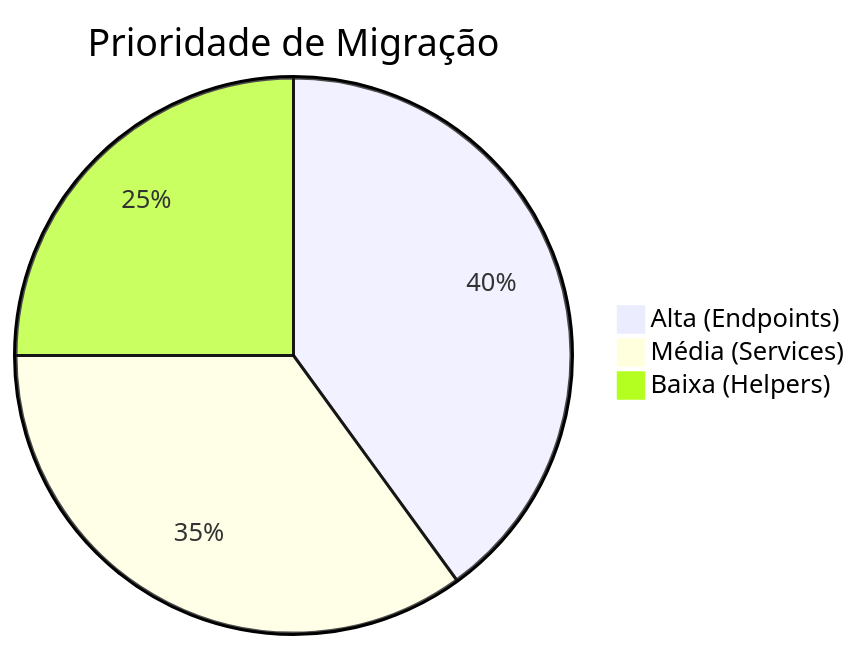
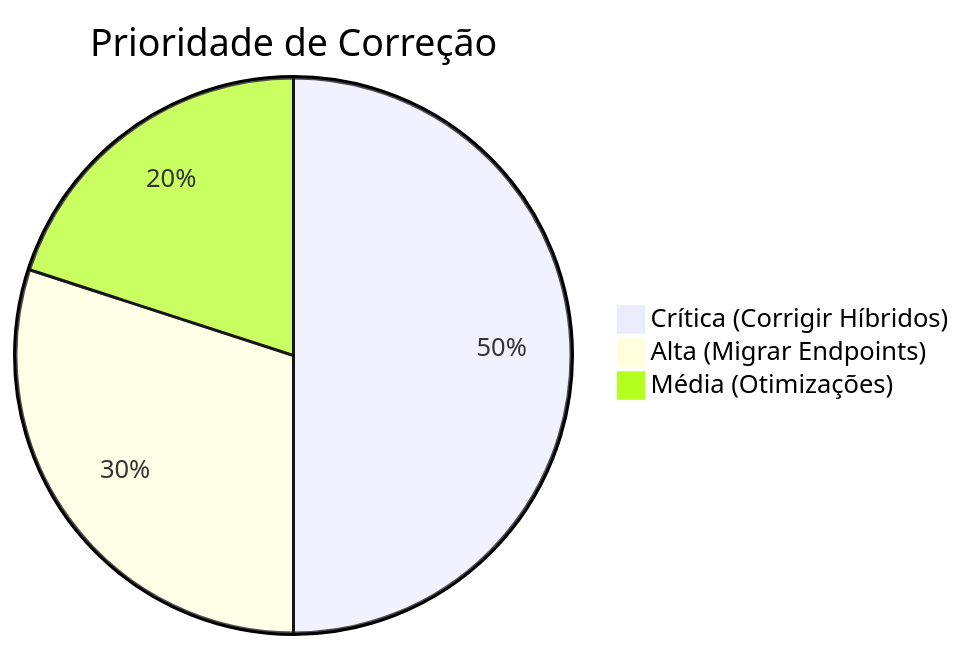
One commit to Bergami/CriEduc.SmartQuest changed the eighth of 9 diagrams in docs/pydantic_vs_dict_visual_flows.md. Above: the diagram before and after it, drawn with Mermaid. The commit also changed other lines of this file and 2 other files, not shown here.

First line of the commit message:
Atualiza documentação sobre migração Pydantic vs Dict

````diff
--- a/docs/pydantic_vs_dict_visual_flows.md
+++ b/docs/pydantic_vs_dict_visual_flows.md
@@ -269,6 +276,6 @@
 ```mermaid
-pie title Prioridade de Migração
-    "Alta (Endpoints)" : 40
-    "Média (Services)" : 35
-    "Baixa (Helpers)" : 25
+pie title Prioridade de Correção
+    "Crítica (Corrigir Híbridos)" : 50
+    "Alta (Migrar Endpoints)" : 30
+    "Média (Otimizações)" : 20
 ```
````
